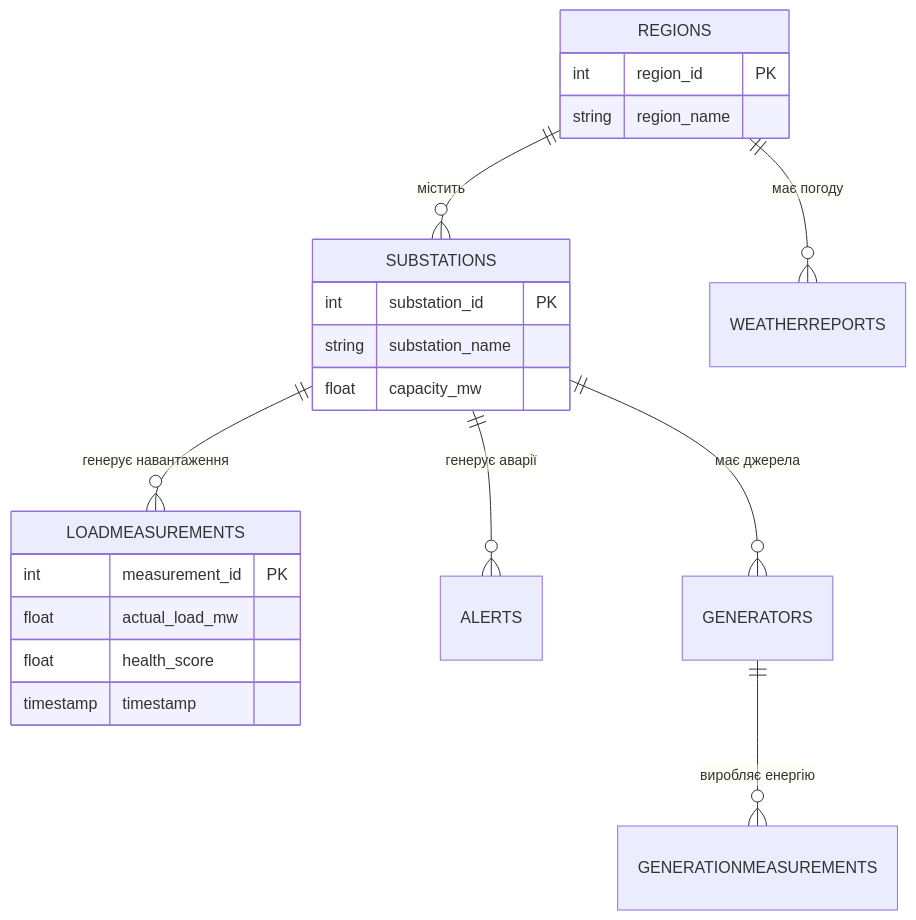
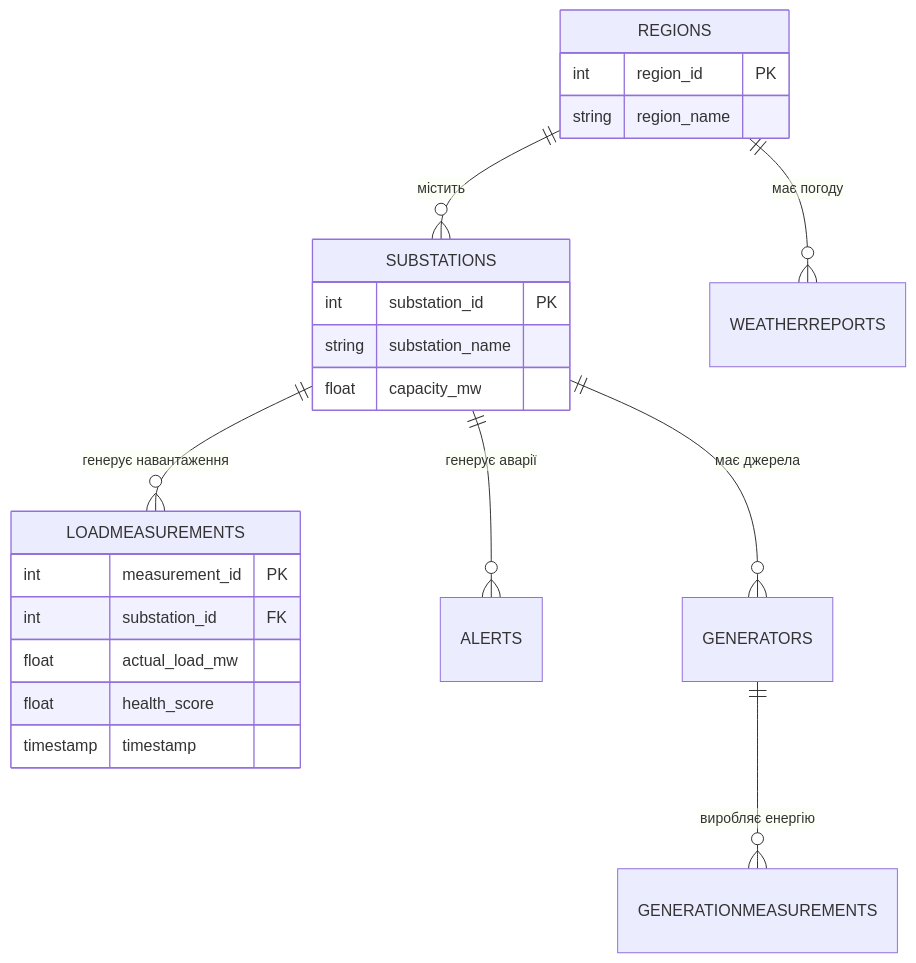
The fourth of 5 diagrams in docs/thesis/THESIS_3_DESIGN_AND_IMPLEMENTATION.md (Lutvunenko-Dmutro/EnergyMonitor-OLAP), drawn with Mermaid before and after one commit. The commit also changed other lines of this file and 1 other file, not shown here.

````diff
--- a/docs/thesis/THESIS_3_DESIGN_AND_IMPLEMENTATION.md
+++ b/docs/thesis/THESIS_3_DESIGN_AND_IMPLEMENTATION.md
@@ -91,25 +117,26 @@
 ```mermaid
 erDiagram
     REGIONS ||--o{ SUBSTATIONS : "містить"
     SUBSTATIONS ||--o{ LOADMEASUREMENTS : "генерує навантаження"
     SUBSTATIONS ||--o{ ALERTS : "генерує аварії"
     SUBSTATIONS ||--o{ GENERATORS : "має джерела"
     GENERATORS ||--o{ GENERATIONMEASUREMENTS : "виробляє енергію"
     REGIONS ||--o{ WEATHERREPORTS : "має погоду"
 
     REGIONS {
         int region_id PK
         string region_name
     }
     SUBSTATIONS {
         int substation_id PK
         string substation_name
         float capacity_mw
     }
     LOADMEASUREMENTS {
         int measurement_id PK
+        int substation_id FK
         float actual_load_mw
         float health_score
         timestamp timestamp
     }
 ```
````
